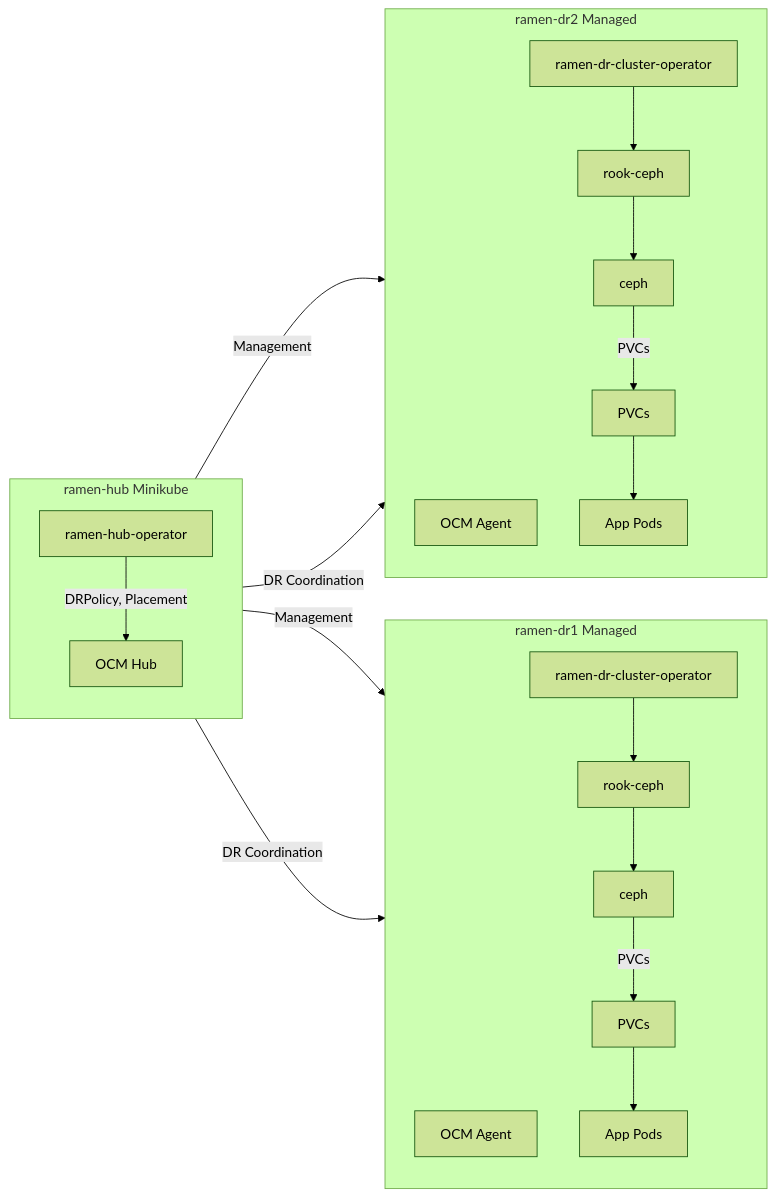
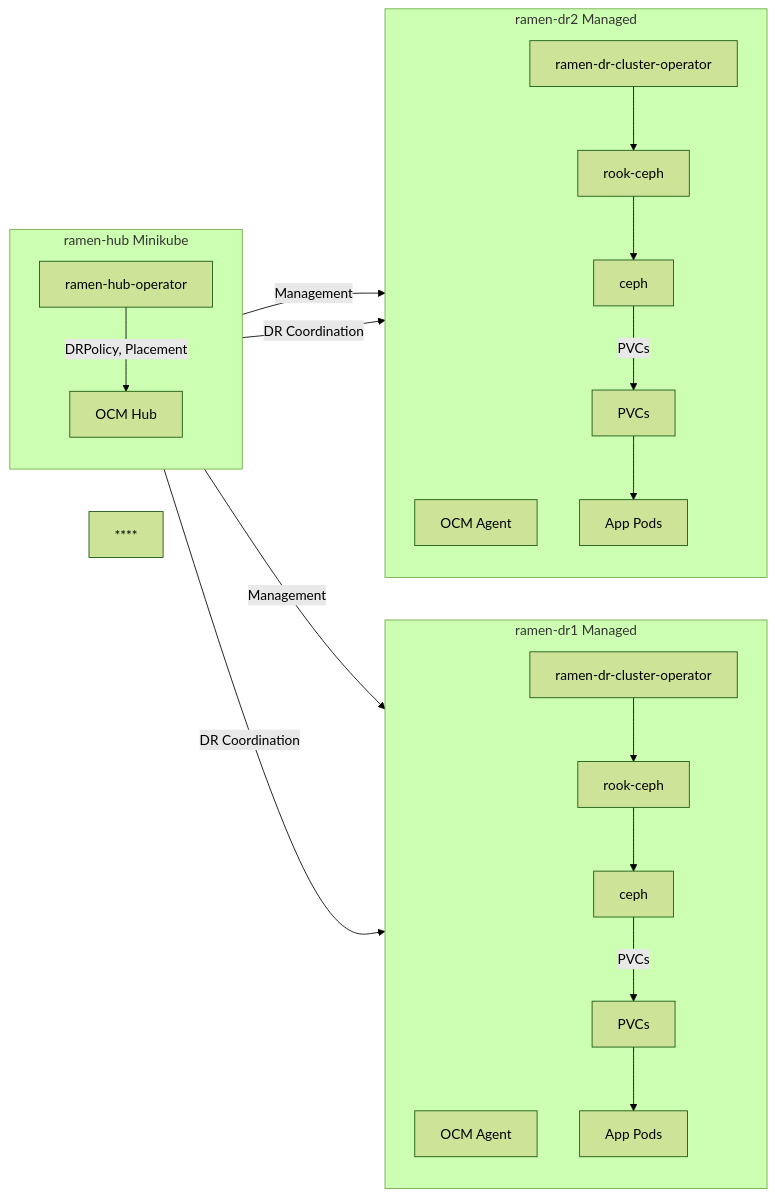
One commit to nadavleva/my-ramen-playground changed the second of 2 diagrams in demo/docs/storage/rook-ceph-multicluster-architecture.md. Above: the diagram before and after it, drawn with Mermaid (forest theme). The commit also changed 3 other files, not shown here.

````diff
--- a/demo/docs/storage/rook-ceph-multicluster-architecture.md
+++ b/demo/docs/storage/rook-ceph-multicluster-architecture.md
@@ -54,42 +54,42 @@
 ```mermaid
 flowchart LR
     subgraph Hub["ramen-hub Minikube"]
         direction TB
         ocm[OCM Hub]
         ramen[ramen-hub-operator]
     end
 
     subgraph Cluster1["ramen-dr1 Managed"]
         direction TB
         ocm_agent1[OCM Agent]
         ramen_dr1[ramen-dr-cluster-operator]
         rook1[rook-ceph]
         ceph1[ceph]
         pvc1[PVCs]
         app1[App Pods]
         ramen_dr1 --> rook1
         rook1 --> ceph1
         ceph1 -- PVCs --> pvc1
         pvc1 --> app1
     end
 
     subgraph Cluster2["ramen-dr2 Managed"]
         direction TB
         ocm_agent2[OCM Agent]
         ramen_dr2[ramen-dr-cluster-operator]
         rook2[rook-ceph]
         ceph2[ceph]
         pvc2[PVCs]
         app2[App Pods]
         ramen_dr2 --> rook2
         rook2 --> ceph2
         ceph2 -- PVCs --> pvc2
         pvc2 --> app2
     end
-
+****
     ramen -- DRPolicy, Placement --> ocm
     ocm -- Management --> ocm_agent1
     ocm -- Management --> ocm_agent2
     ramen -- DR Coordination --> ramen_dr1
     ramen -- DR Coordination --> ramen_dr2
 ```
````
